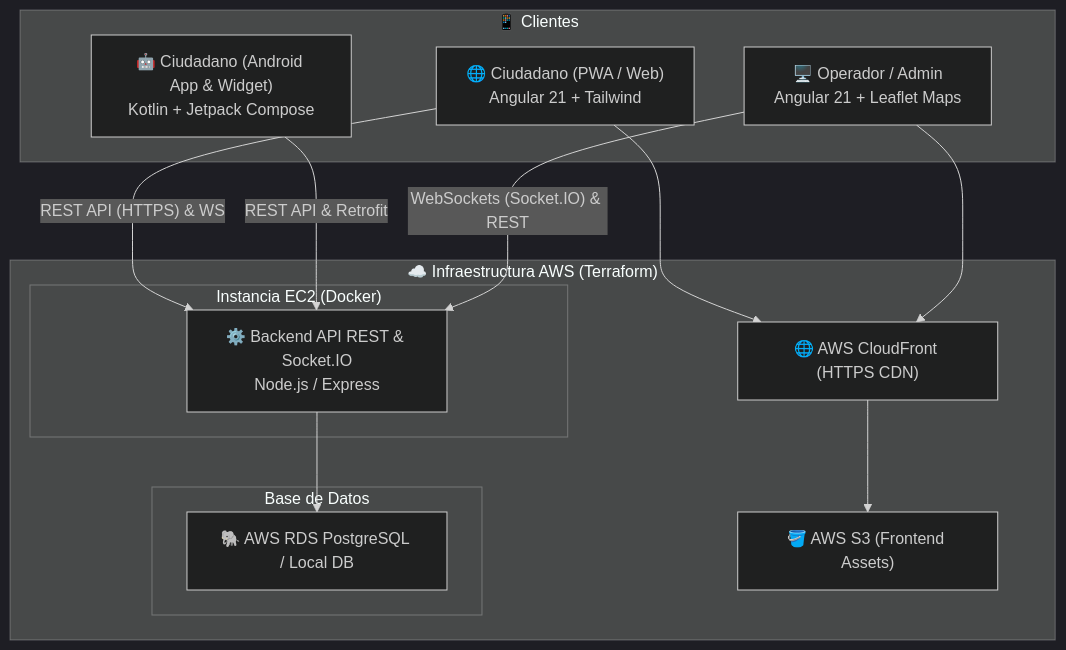
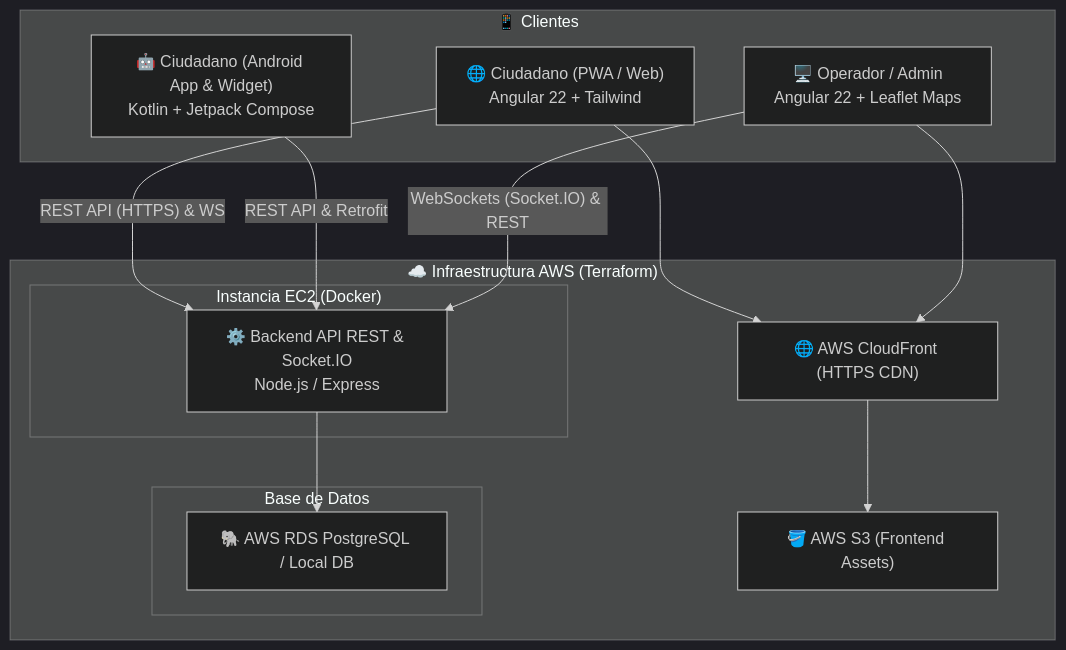
One commit to mikicegal14/seguridad-chaclacayo changed the diagram in README.md. Above: the diagram before and after it, drawn with Mermaid (dark theme). The commit also changed other lines of this file and 6 other files, not shown here.

````diff
--- a/README.md
+++ b/README.md
@@ -51,31 +51,31 @@
 ```mermaid
 flowchart TD
     subgraph Clientes["📱 Clientes"]
-        CitizenPWA["🌐 Ciudadano (PWA / Web)\nAngular 21 + Tailwind"]
+        CitizenPWA["🌐 Ciudadano (PWA / Web)\nAngular 22 + Tailwind"]
         CitizenAndroid["🤖 Ciudadano (Android App & Widget)\nKotlin + Jetpack Compose"]
-        AdminWeb["🖥️ Operador / Admin\nAngular 21 + Leaflet Maps"]
+        AdminWeb["🖥️ Operador / Admin\nAngular 22 + Leaflet Maps"]
     end
 
     subgraph AWS["☁️ Infraestructura AWS (Terraform)"]
         CloudFront["🌐 AWS CloudFront (HTTPS CDN)"]
         S3["🪣 AWS S3 (Frontend Assets)"]
         
         subgraph Compute["Instancia EC2 (Docker)"]
             Backend["⚙️ Backend API REST & Socket.IO\nNode.js / Express"]
         end
         
         subgraph Database["Base de Datos"]
             RDS["🐘 AWS RDS PostgreSQL / Local DB"]
         end
     end
 
     CloudFront --> S3
     CitizenPWA --> CloudFront
     AdminWeb --> CloudFront
 
     CitizenPWA -- "REST API (HTTPS) & WS" --> Backend
     CitizenAndroid -- "REST API & Retrofit" --> Backend
     AdminWeb -- "WebSockets (Socket.IO) & REST" --> Backend
 
     Backend --> RDS
 ```
````
